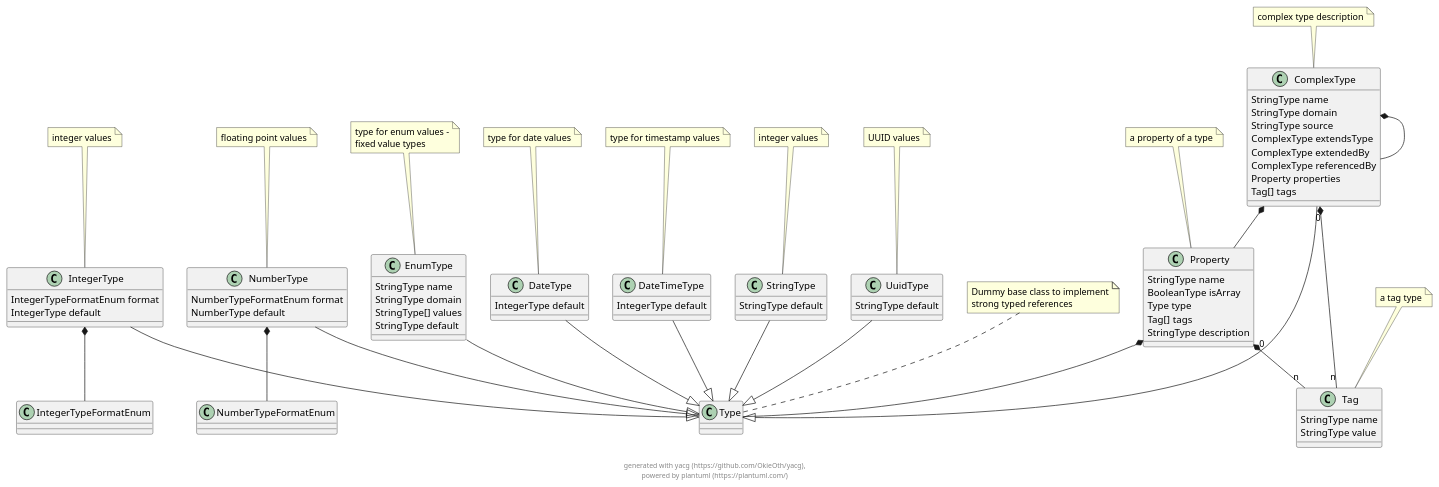
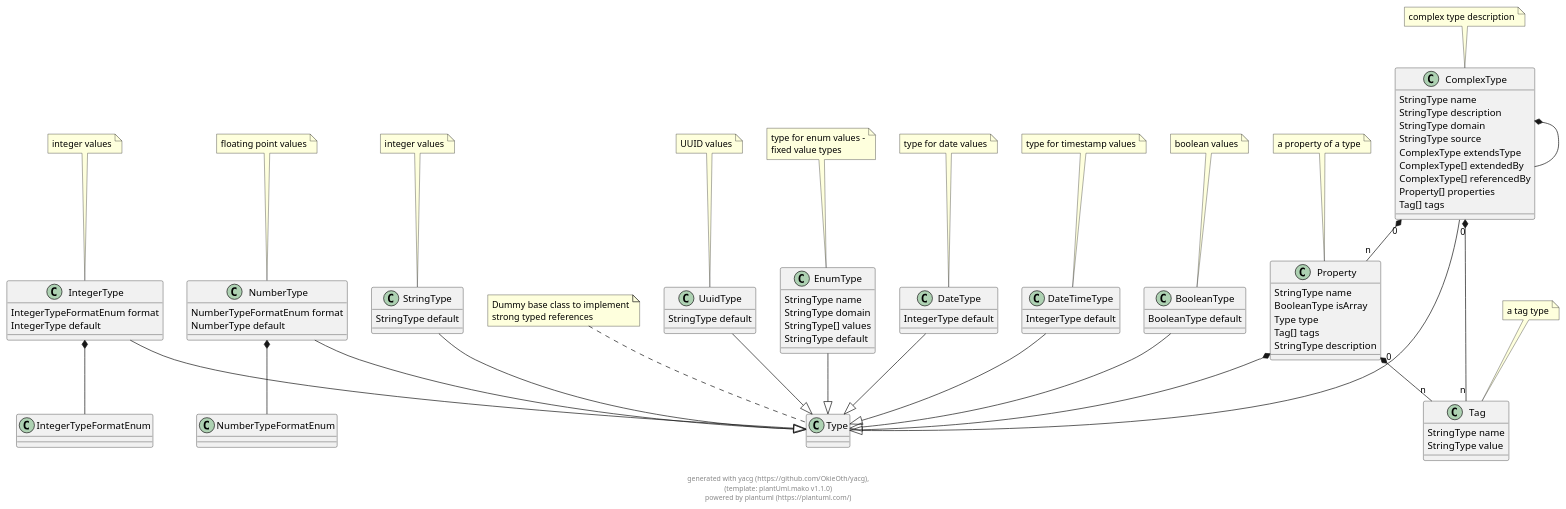
The diagram in docs/puml/yacg_model.puml (OkieOth/yacg), drawn with PlantUML before and after one commit. The commit also changed 12 other files, not shown here.

```diff
--- a/docs/puml/yacg_model.puml
+++ b/docs/puml/yacg_model.puml
@@ -2,131 +2,140 @@
 @startuml
 
 class Type {
 }
  
 note top: Dummy base class to implement\nstrong typed references
 
 class IntegerType {
     IntegerTypeFormatEnum format 
     IntegerType default 
 }
  
 note top: integer values
 
 IntegerType --|> Type
 class IntegerTypeFormatEnum {
 }
  
 
 class NumberType {
     NumberTypeFormatEnum format 
     NumberType default 
 }
  
 note top: floating point values
 
 NumberType --|> Type
 class NumberTypeFormatEnum {
 }
  
 
+class BooleanType {
+    BooleanType default 
+}
+ 
+note top: boolean values
+
+BooleanType --|> Type
 class StringType {
     StringType default 
 }
  
 note top: integer values
 
 StringType --|> Type
 class UuidType {
     StringType default 
 }
  
 note top: UUID values
 
 UuidType --|> Type
 class EnumType {
     StringType name 
     StringType domain 
     StringType[] values 
     StringType default 
 }
  
 note top: type for enum values -\nfixed value types
 
 EnumType --|> Type
 class DateType {
     IntegerType default 
 }
  
 note top: type for date values
 
 DateType --|> Type
 class DateTimeType {
     IntegerType default 
 }
  
 note top: type for timestamp values
 
 DateTimeType --|> Type
 class ComplexType {
     StringType name 
+    StringType description 
     StringType domain 
     StringType source 
     ComplexType extendsType 
-    ComplexType extendedBy 
-    ComplexType referencedBy 
-    Property properties 
+    ComplexType[] extendedBy 
+    ComplexType[] referencedBy 
+    Property[] properties 
     Tag[] tags 
 }
  
 note top: complex type description
 
 ComplexType --|> Type
 class Property {
     StringType name 
     BooleanType isArray 
     Type type 
     Tag[] tags 
     StringType description 
 }
  
 note top: a property of a type
 
 class Tag {
     StringType name 
     StringType value 
 }
  
 note top: a tag type
 
 
     
     
 IntegerType  *--  IntegerTypeFormatEnum        
             
     
     
 NumberType  *--  NumberTypeFormatEnum        
             
     
     
     
     
     
     
     
+    
 ComplexType  *--  ComplexType        
             
-ComplexType  *--  Property        
+ComplexType "0" *-- "n" Property        
             
 ComplexType "0" *-- "n" Tag        
             
     
 Property  *--  Type        
             
 Property "0" *-- "n" Tag        
             
     
 
-footer \ngenerated with yacg (https://github.com/OkieOth/yacg),\npowered by plantuml (https://plantuml.com/)
+footer \ngenerated with yacg (https://github.com/OkieOth/yacg),\n(template: plantUml.mako v1.1.0)\npowered by plantuml (https://plantuml.com/)
 @enduml
```
